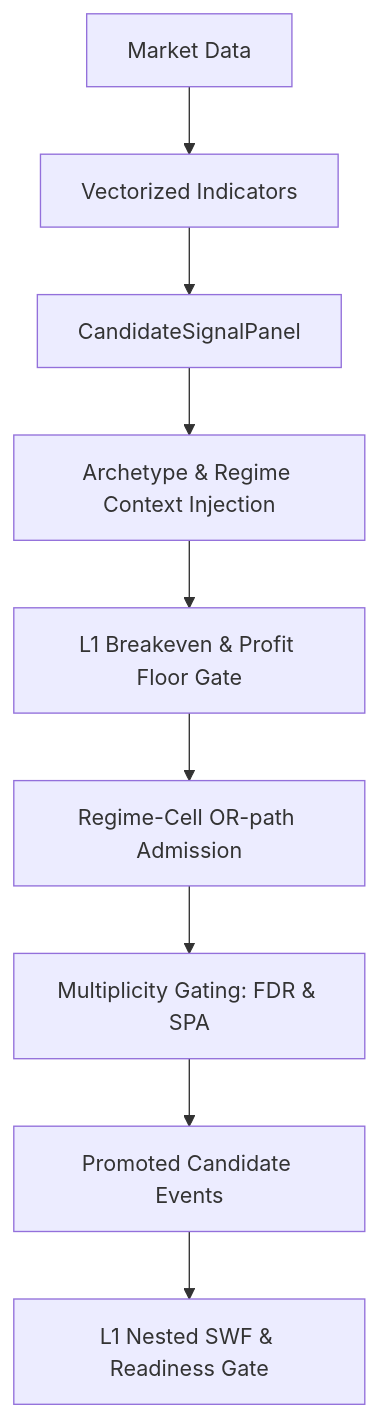
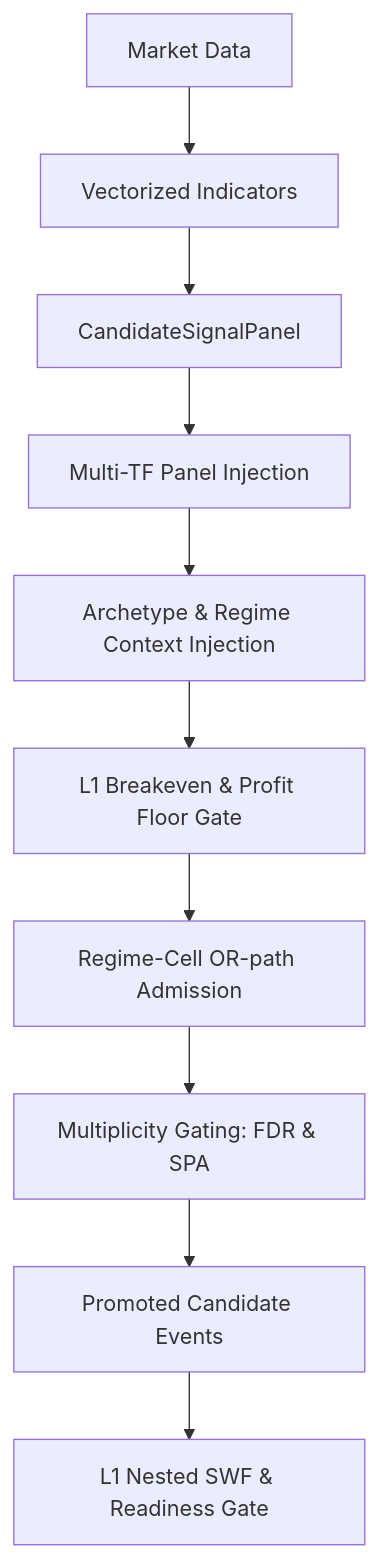
The diagram in docs/architecture/layer1.md (KTHYEONG/crypto-pilot), drawn with Mermaid before and after one commit. The commit also changed other lines of this file and 1 other file, not shown here.

````diff
--- a/docs/architecture/layer1.md
+++ b/docs/architecture/layer1.md
@@ -89,11 +88,12 @@
 ```mermaid
 graph TD
     A[Market Data] --> B[Vectorized Indicators]
     B --> C[CandidateSignalPanel]
-    C --> D[Archetype & Regime Context Injection]
+    C --> C1[Multi-TF Panel Injection]
+    C1 --> D[Archetype & Regime Context Injection]
     D --> E[L1 Breakeven & Profit Floor Gate]
     E --> F[Regime-Cell OR-path Admission]
     F --> G[Multiplicity Gating: FDR & SPA]
     G --> H[Promoted Candidate Events]
     H --> I[L1 Nested SWF & Readiness Gate]
 ```
````
